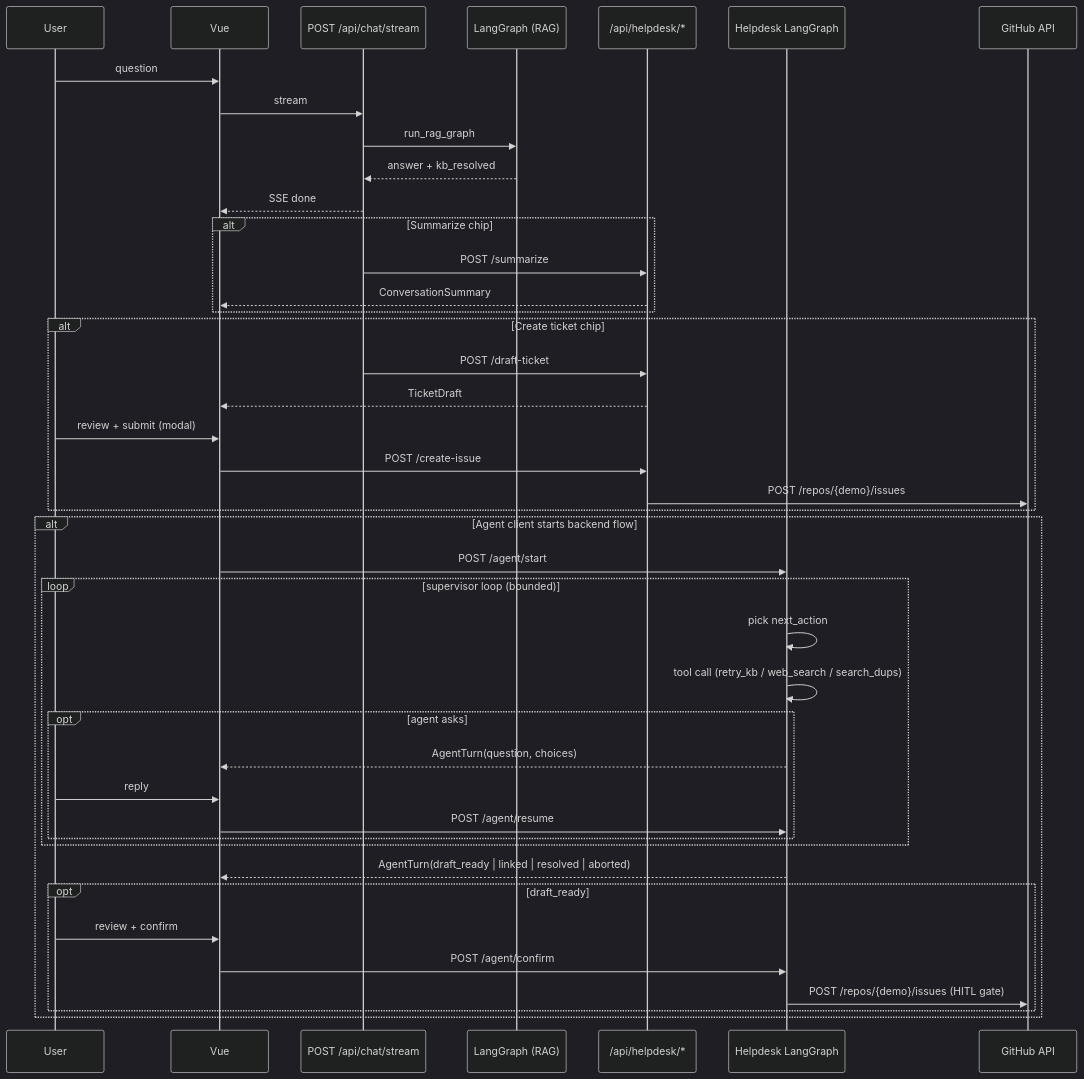
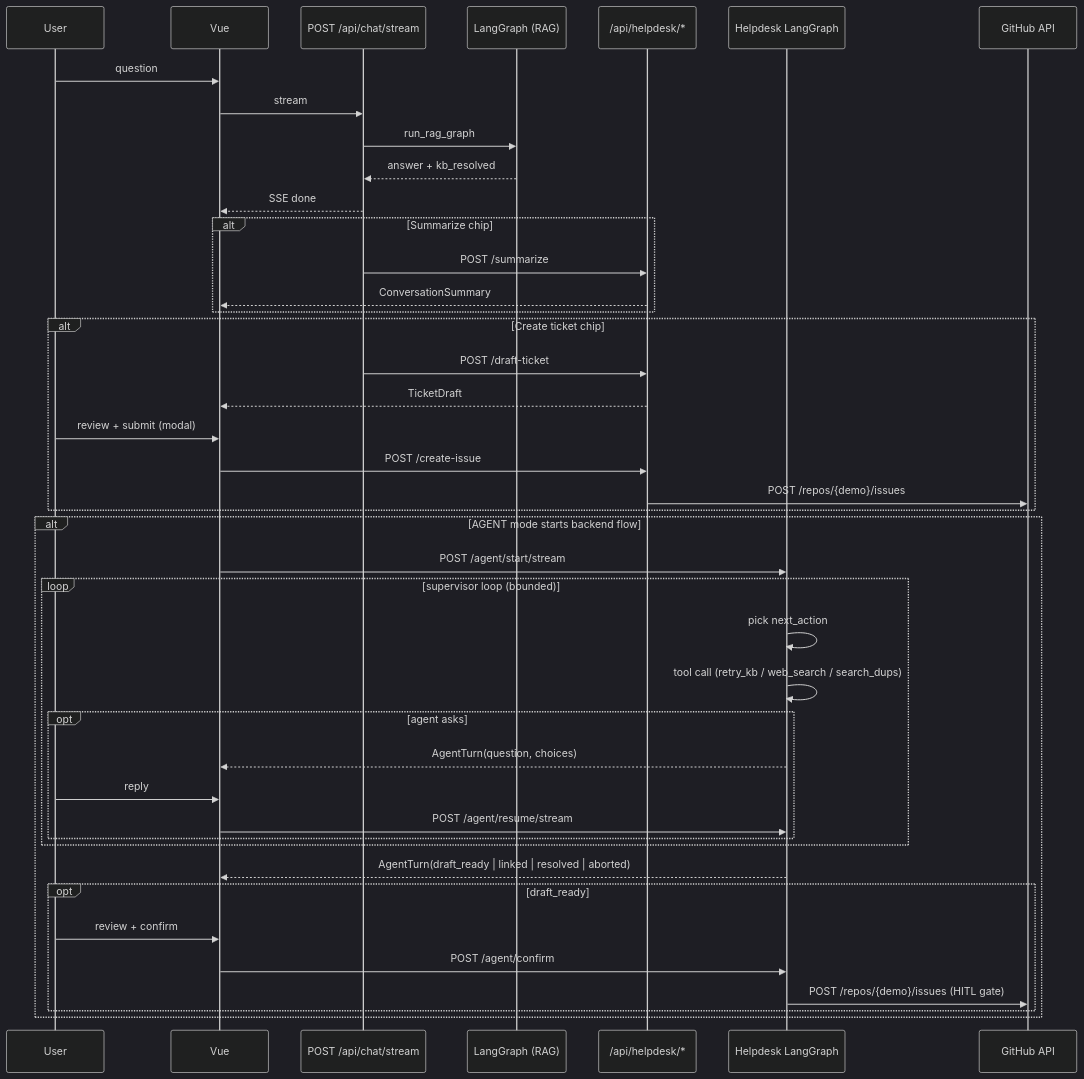
Before and after one commit to sandeep-jay/campus-rag-assistant: the second of 2 diagrams in docs/ARCHITECTURE.md, drawn with Mermaid (dark theme). The commit also changed other lines of this file and 26 other files, not shown here.

First line of the commit message:
feat(helpdesk-agent): wire frontend agent mode (#43)

````diff
--- a/docs/ARCHITECTURE.md
+++ b/docs/ARCHITECTURE.md
@@ -181,45 +181,45 @@
 ```mermaid
 sequenceDiagram
     participant User
     participant Vue
     participant ChatAPI as POST /api/chat/stream
     participant RAG as LangGraph (RAG)
     participant Help as /api/helpdesk/*
     participant Agent as Helpdesk LangGraph
     participant GH as GitHub API
 
     User->>Vue: question
     Vue->>ChatAPI: stream
     ChatAPI->>RAG: run_rag_graph
     RAG-->>ChatAPI: answer + kb_resolved
     ChatAPI-->>Vue: SSE done
     alt Summarize chip
         ChatAPI->>Help: POST /summarize
         Help-->>Vue: ConversationSummary
     end
     alt Create ticket chip
         ChatAPI->>Help: POST /draft-ticket
         Help-->>Vue: TicketDraft
         User->>Vue: review + submit (modal)
         Vue->>Help: POST /create-issue
         Help->>GH: POST /repos/{demo}/issues
     end
-    alt Agent client starts backend flow
-        Vue->>Agent: POST /agent/start
+    alt AGENT mode starts backend flow
+        Vue->>Agent: POST /agent/start/stream
         loop supervisor loop (bounded)
             Agent->>Agent: pick next_action
             Agent->>Agent: tool call (retry_kb / web_search / search_dups)
             opt agent asks
                 Agent-->>Vue: AgentTurn(question, choices)
                 User->>Vue: reply
-                Vue->>Agent: POST /agent/resume
+                Vue->>Agent: POST /agent/resume/stream
             end
         end
         Agent-->>Vue: AgentTurn(draft_ready | linked | resolved | aborted)
         opt draft_ready
             User->>Vue: review + confirm
             Vue->>Agent: POST /agent/confirm
             Agent->>GH: POST /repos/{demo}/issues (HITL gate)
         end
     end
 ```
````
